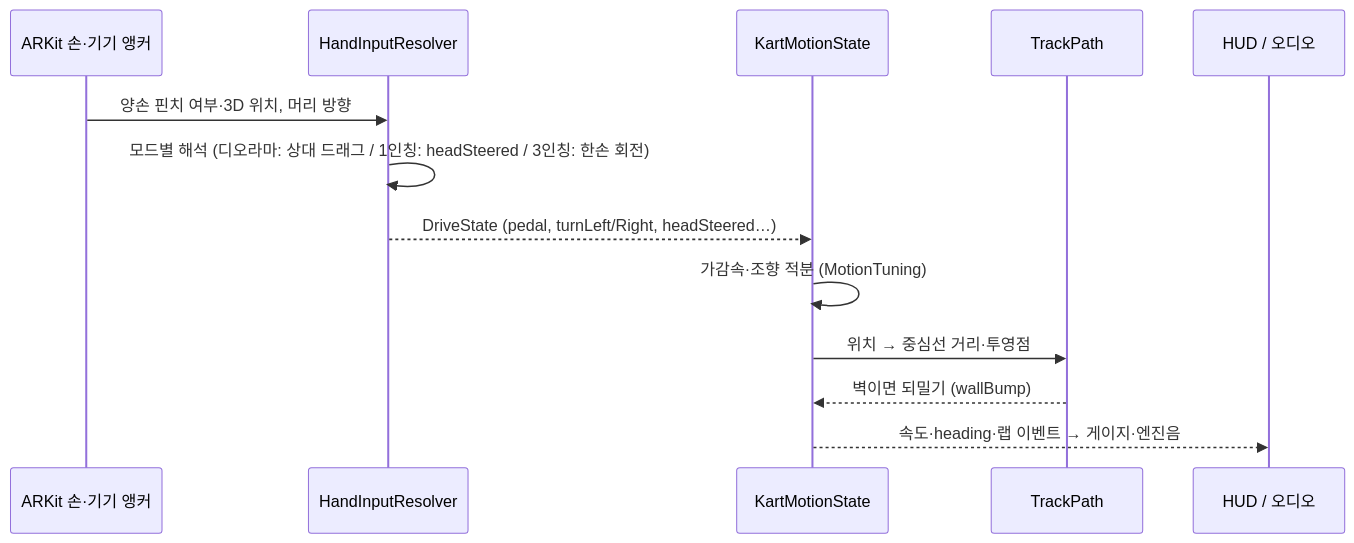
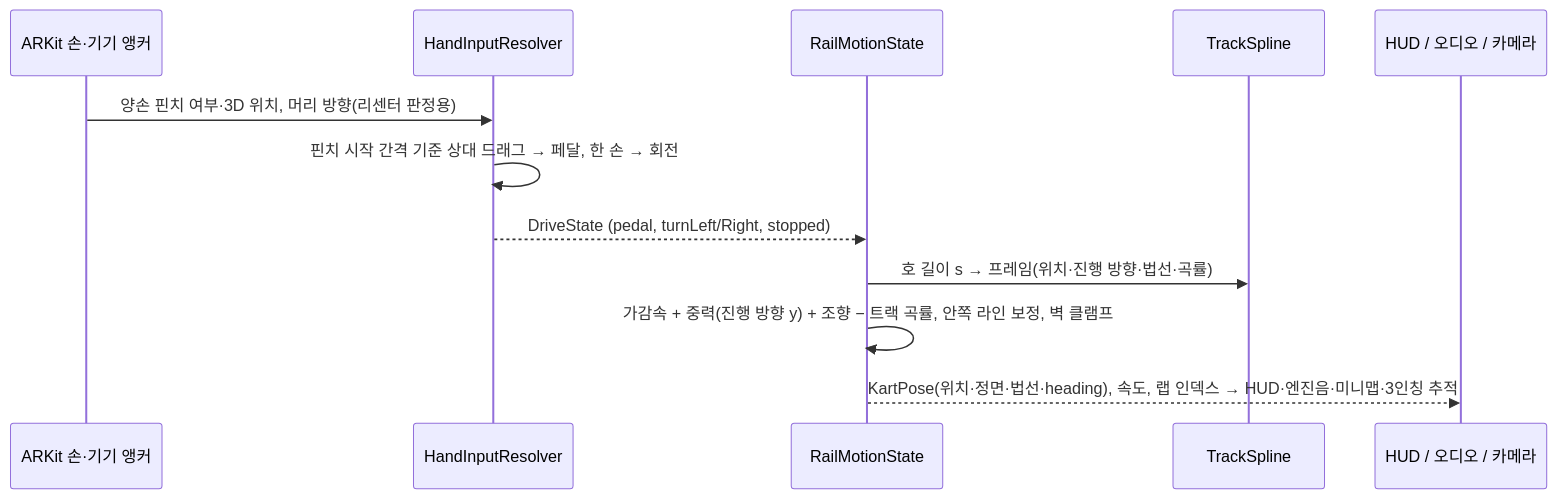
One commit to kimminung/KartSimulator changed the second of 4 diagrams in README.md. Above: the diagram before and after it, drawn with Mermaid. The commit also changed other lines of this file, not shown here.

Commit message:
README 완성: 현재 단계·서킷 3종 주행 요령·사용법(트랙 선택·카운트다운·일시정지·결과)·구조도 레일 주행 반영·마일스톤 갱신

````diff
--- a/README.md
+++ b/README.md
@@ -211,16 +225,15 @@
 ```mermaid
 sequenceDiagram
     participant AR as ARKit 손·기기 앵커
     participant R as HandInputResolver
-    participant M as KartMotionState
-    participant T as TrackPath
-    participant H as HUD / 오디오
+    participant M as RailMotionState
+    participant T as TrackSpline
+    participant H as HUD / 오디오 / 카메라
 
-    AR->>R: 양손 핀치 여부·3D 위치, 머리 방향
-    R->>R: 모드별 해석 (디오라마: 상대 드래그 / 1인칭: headSteered / 3인칭: 한손 회전)
-    R-->>M: DriveState (pedal, turnLeft/Right, headSteered…)
-    M->>M: 가감속·조향 적분 (MotionTuning)
-    M->>T: 위치 → 중심선 거리·투영점
-    T-->>M: 벽이면 되밀기 (wallBump)
-    M-->>H: 속도·heading·랩 이벤트 → 게이지·엔진음
+    AR->>R: 양손 핀치 여부·3D 위치, 머리 방향(리센터 판정용)
+    R->>R: 핀치 시작 간격 기준 상대 드래그 → 페달, 한 손 → 회전
+    R-->>M: DriveState (pedal, turnLeft/Right, stopped)
+    M->>T: 호 길이 s → 프레임(위치·진행 방향·법선·곡률)
+    M->>M: 가감속 + 중력(진행 방향 y) + 조향 − 트랙 곡률, 안쪽 라인 보정, 벽 클램프
+    M-->>H: KartPose(위치·정면·법선·heading), 속도, 랩 인덱스 → HUD·엔진음·미니맵·3인칭 추적
 ```
````
